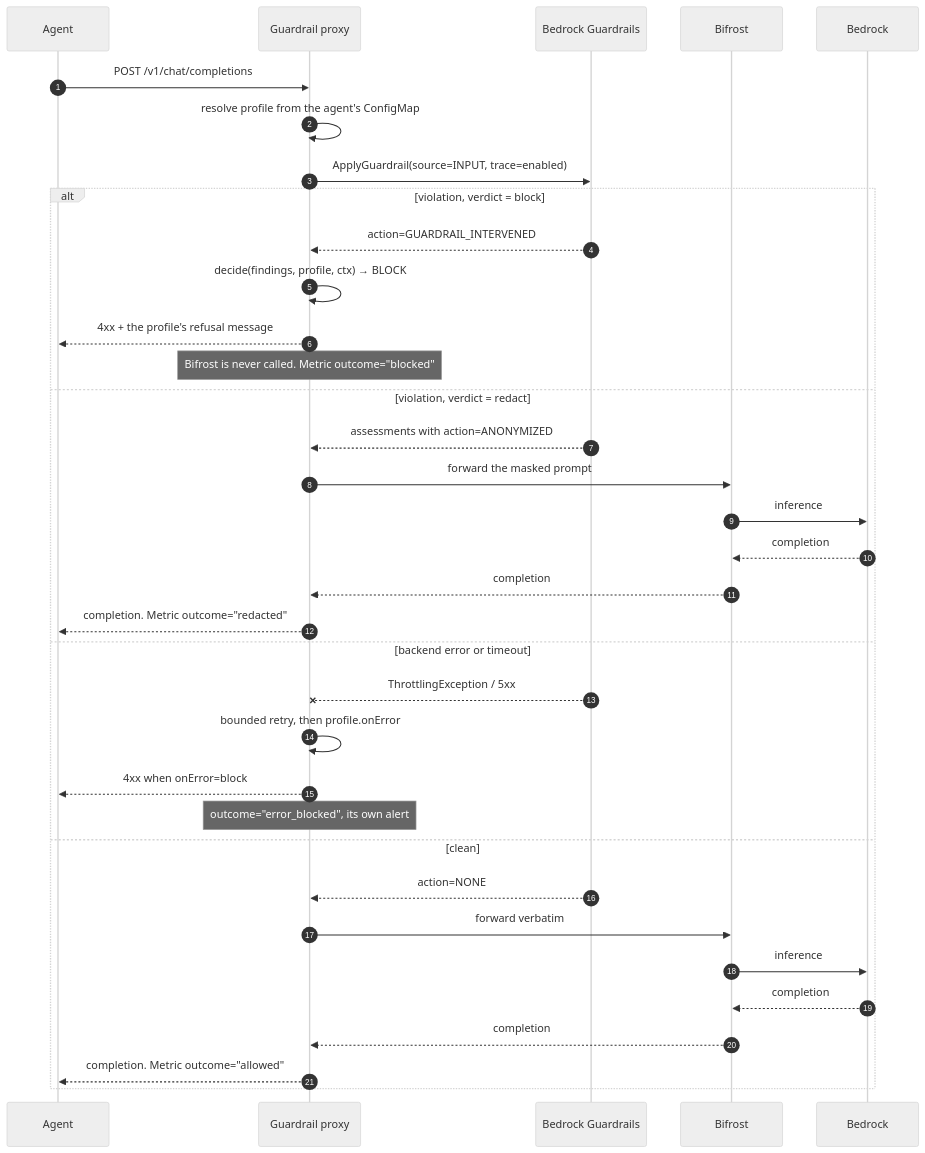
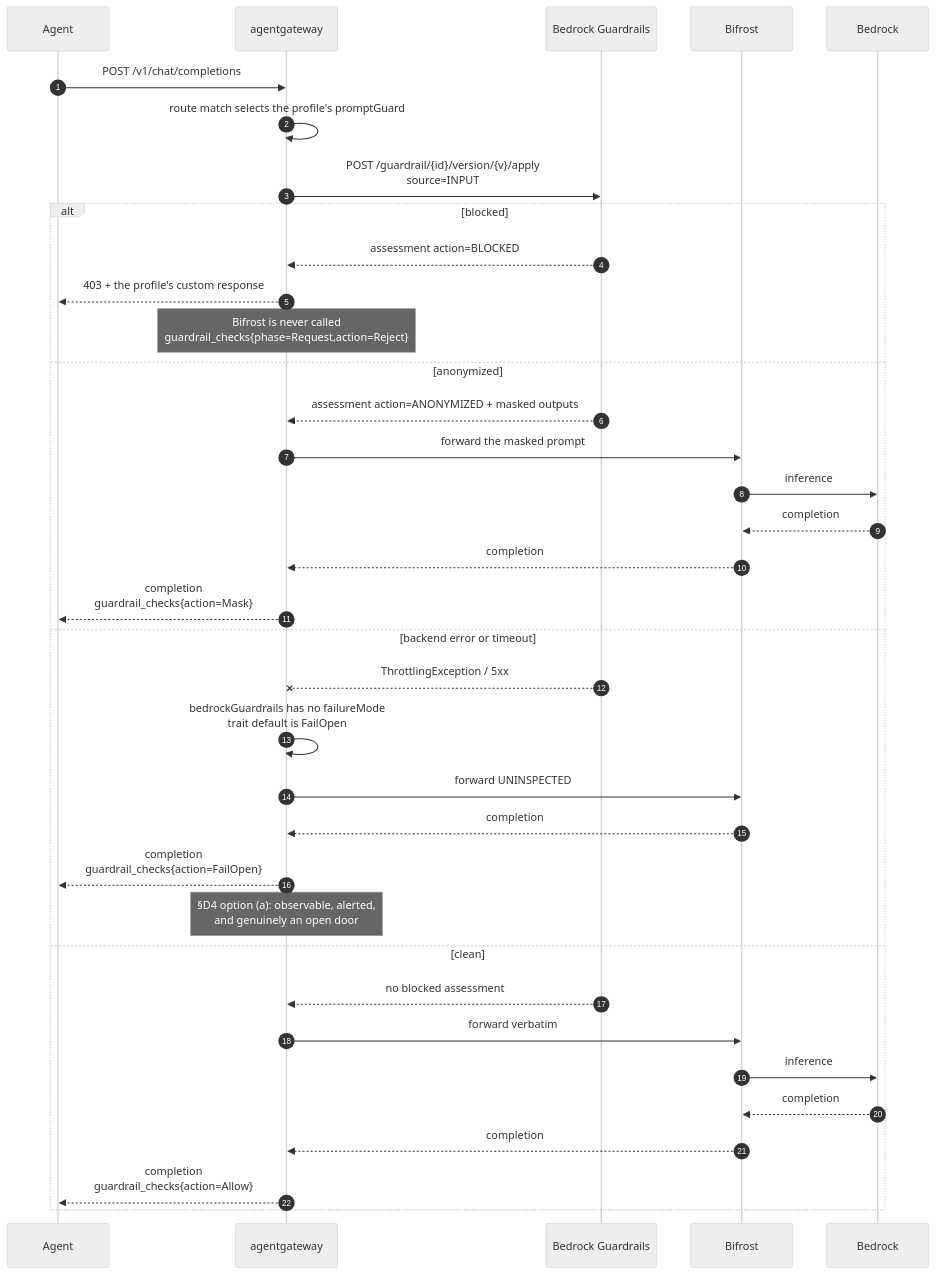
One commit to awslabs/open-agentic-platform changed the second of 3 diagrams in docs/architecture/agent-guardrails.md. Above: the diagram before and after it, drawn with Mermaid (neutral theme). The commit also changed other lines of this file, not shown here.

Commit message:
docs(architecture): redraw both diagrams for the gateway enforcement point
The topology loses its OAP-owned proxy box: the gateway is configuration, not a
component, and only the profile catalog is new. The sequence replaces the
refusal-on-error branch with what the native guard actually does, which is
forward uninspected and record FailOpen.

````diff
--- a/docs/architecture/agent-guardrails.md
+++ b/docs/architecture/agent-guardrails.md
@@ -1510,38 +1513,39 @@
 ```mermaid
 sequenceDiagram
     autonumber
     participant Ag as Agent
-    participant GP as Guardrail proxy
+    participant AG as agentgateway
     participant GR as Bedrock Guardrails
     participant BF as Bifrost
     participant BR as Bedrock
 
-    Ag->>GP: POST /v1/chat/completions
-    GP->>GP: resolve profile from the agent's ConfigMap
-    GP->>GR: ApplyGuardrail(source=INPUT, trace=enabled)
-    alt violation, verdict = block
-        GR-->>GP: action=GUARDRAIL_INTERVENED
-        GP->>GP: decide(findings, profile, ctx) → BLOCK
-        GP-->>Ag: 4xx + the profile's refusal message
-        Note over GP: Bifrost is never called. Metric outcome="blocked"
-    else violation, verdict = redact
-        GR-->>GP: assessments with action=ANONYMIZED
-        GP->>BF: forward the masked prompt
+    Ag->>AG: POST /v1/chat/completions
+    AG->>AG: route match selects the profile's promptGuard
+    AG->>GR: POST /guardrail/{id}/version/{v}/apply<br/>source=INPUT
+    alt blocked
+        GR-->>AG: assessment action=BLOCKED
+        AG-->>Ag: 403 + the profile's custom response
+        Note over AG: Bifrost is never called<br/>guardrail_checks{phase=Request,action=Reject}
+    else anonymized
+        GR-->>AG: assessment action=ANONYMIZED + masked outputs
+        AG->>BF: forward the masked prompt
         BF->>BR: inference
         BR-->>BF: completion
-        BF-->>GP: completion
-        GP-->>Ag: completion. Metric outcome="redacted"
+        BF-->>AG: completion
+        AG-->>Ag: completion<br/>guardrail_checks{action=Mask}
     else backend error or timeout
-        GR--xGP: ThrottlingException / 5xx
-        GP->>GP: bounded retry, then profile.onError
-        GP-->>Ag: 4xx when onError=block
-        Note over GP: outcome="error_blocked", its own alert
+        GR--xAG: ThrottlingException / 5xx
+        AG->>AG: bedrockGuardrails has no failureMode<br/>trait default is FailOpen
+        AG->>BF: forward UNINSPECTED
+        BF-->>AG: completion
+        AG-->>Ag: completion<br/>guardrail_checks{action=FailOpen}
+        Note over AG: §D4 option (a): observable, alerted,<br/>and genuinely an open door
     else clean
-        GR-->>GP: action=NONE
-        GP->>BF: forward verbatim
+        GR-->>AG: no blocked assessment
+        AG->>BF: forward verbatim
         BF->>BR: inference
         BR-->>BF: completion
-        BF-->>GP: completion
-        GP-->>Ag: completion. Metric outcome="allowed"
+        BF-->>AG: completion
+        AG-->>Ag: completion<br/>guardrail_checks{action=Allow}
     end
 ```
````
